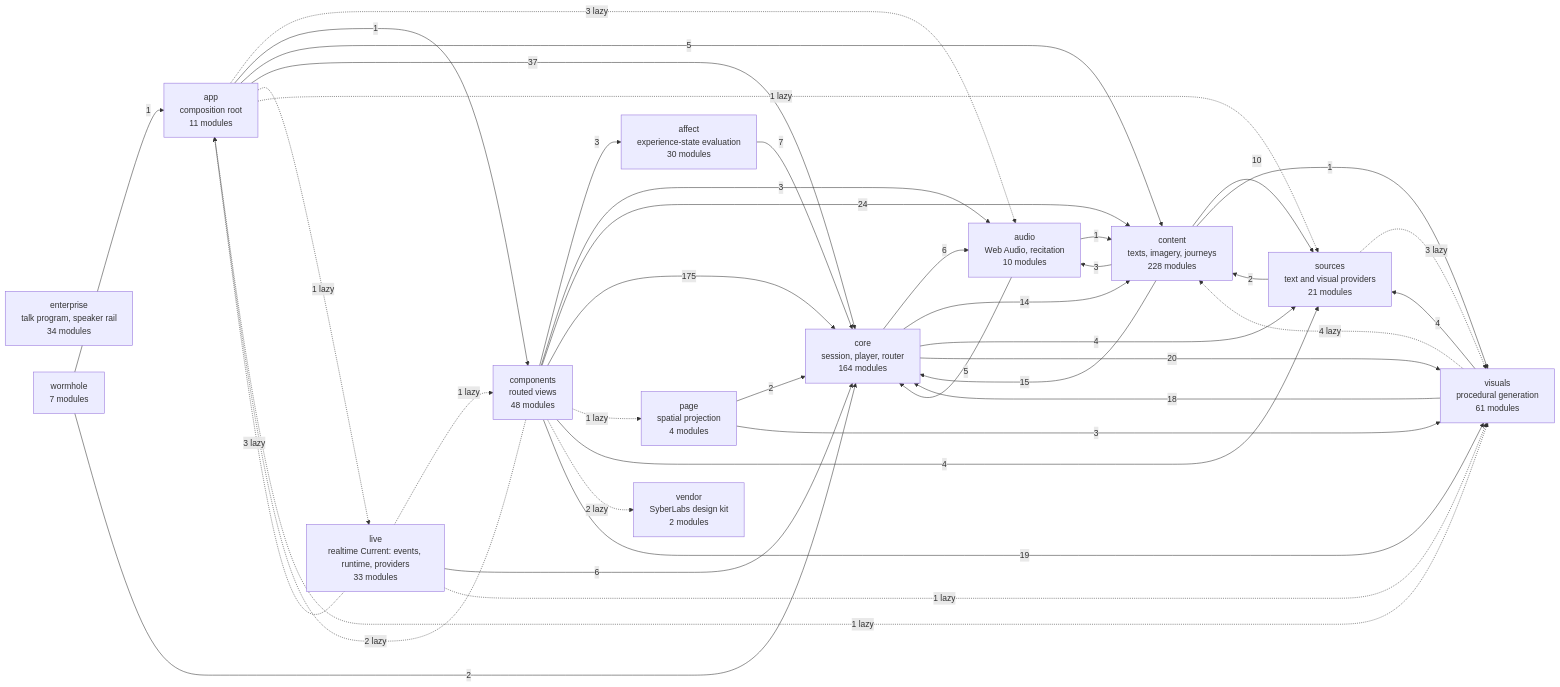
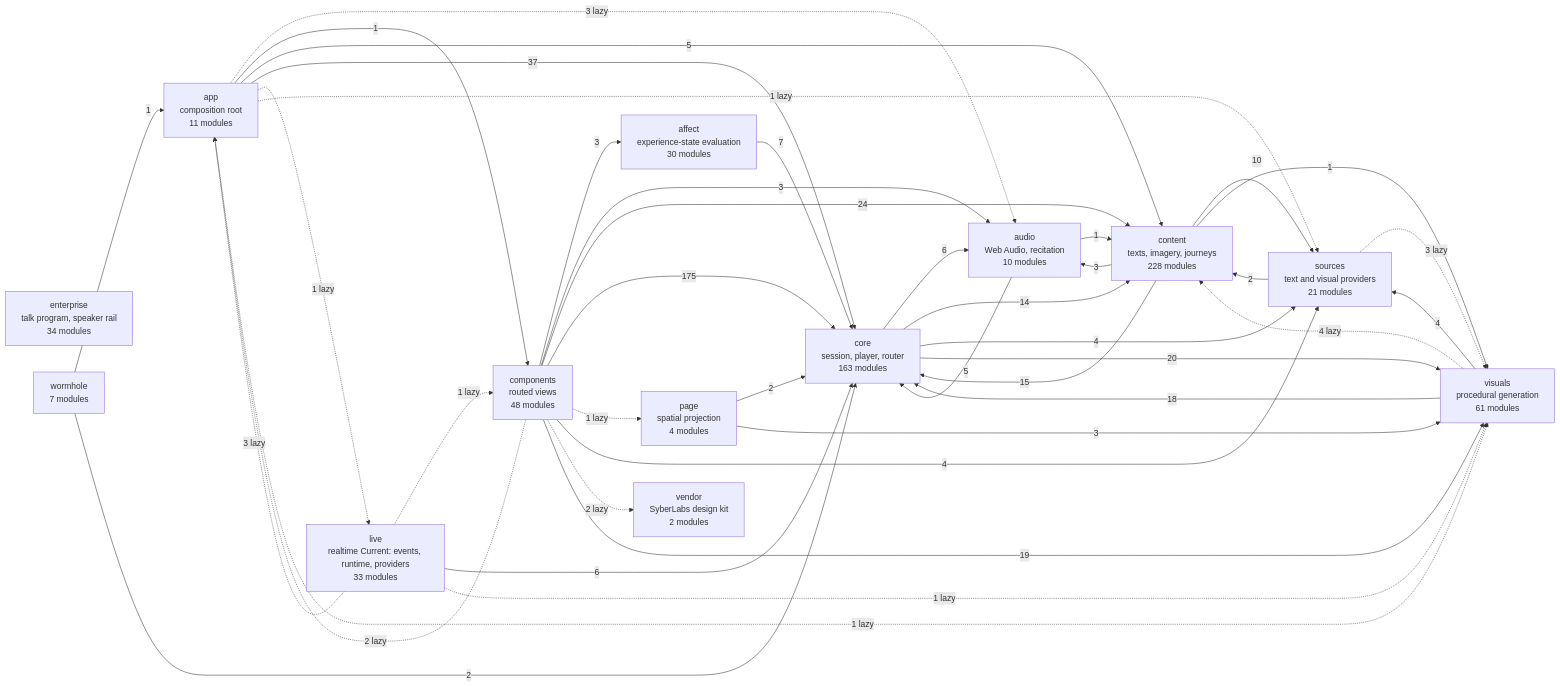
Before and after one commit to SyberLabs/RISE: the diagram in docs/specs/ARCHITECTURE.md, drawn with Mermaid. The commit also changed 4 other files, not shown here.

First line of the commit message:
Remove the creator-sequence record checker

````diff
--- a/docs/specs/ARCHITECTURE.md
+++ b/docs/specs/ARCHITECTURE.md
@@ -160,57 +160,57 @@
 ```mermaid
 flowchart LR
     affect["affect<br/>experience-state evaluation<br/>30 modules"]
     app["app<br/>composition root<br/>11 modules"]
     audio["audio<br/>Web Audio, recitation<br/>10 modules"]
     components["components<br/>routed views<br/>48 modules"]
     content["content<br/>texts, imagery, journeys<br/>228 modules"]
-    core["core<br/>session, player, router<br/>164 modules"]
+    core["core<br/>session, player, router<br/>163 modules"]
     enterprise["enterprise<br/>talk program, speaker rail<br/>34 modules"]
     live["live<br/>realtime Current: events, runtime, providers<br/>33 modules"]
     page["page<br/>spatial projection<br/>4 modules"]
     sources["sources<br/>text and visual providers<br/>21 modules"]
     vendor["vendor<br/>SyberLabs design kit<br/>2 modules"]
     visuals["visuals<br/>procedural generation<br/>61 modules"]
     wormhole["wormhole<br/>7 modules"]
 
     affect --> |7| core
     app -.-> |3 lazy| audio
     app --> |1| components
     app --> |5| content
     app --> |37| core
     app -.-> |1 lazy| live
     app -.-> |1 lazy| sources
     app -.-> |1 lazy| visuals
     audio --> |1| content
     audio --> |5| core
     components --> |3| affect
     components -.-> |2 lazy| app
     components --> |3| audio
     components --> |24| content
     components --> |175| core
     components -.-> |1 lazy| page
     components --> |4| sources
     components -.-> |2 lazy| vendor
     components --> |19| visuals
     content --> |3| audio
     content --> |15| core
     content --> |10| sources
     content --> |1| visuals
     core --> |6| audio
     core --> |14| content
     core --> |4| sources
     core --> |20| visuals
     live -.-> |3 lazy| app
     live -.-> |1 lazy| components
     live --> |6| core
     live -.-> |1 lazy| visuals
     page --> |2| core
     page --> |3| visuals
     sources --> |2| content
     sources -.-> |3 lazy| visuals
     visuals -.-> |4 lazy| content
     visuals --> |18| core
     visuals --> |4| sources
     wormhole --> |1| app
     wormhole --> |2| core
 ```
````
